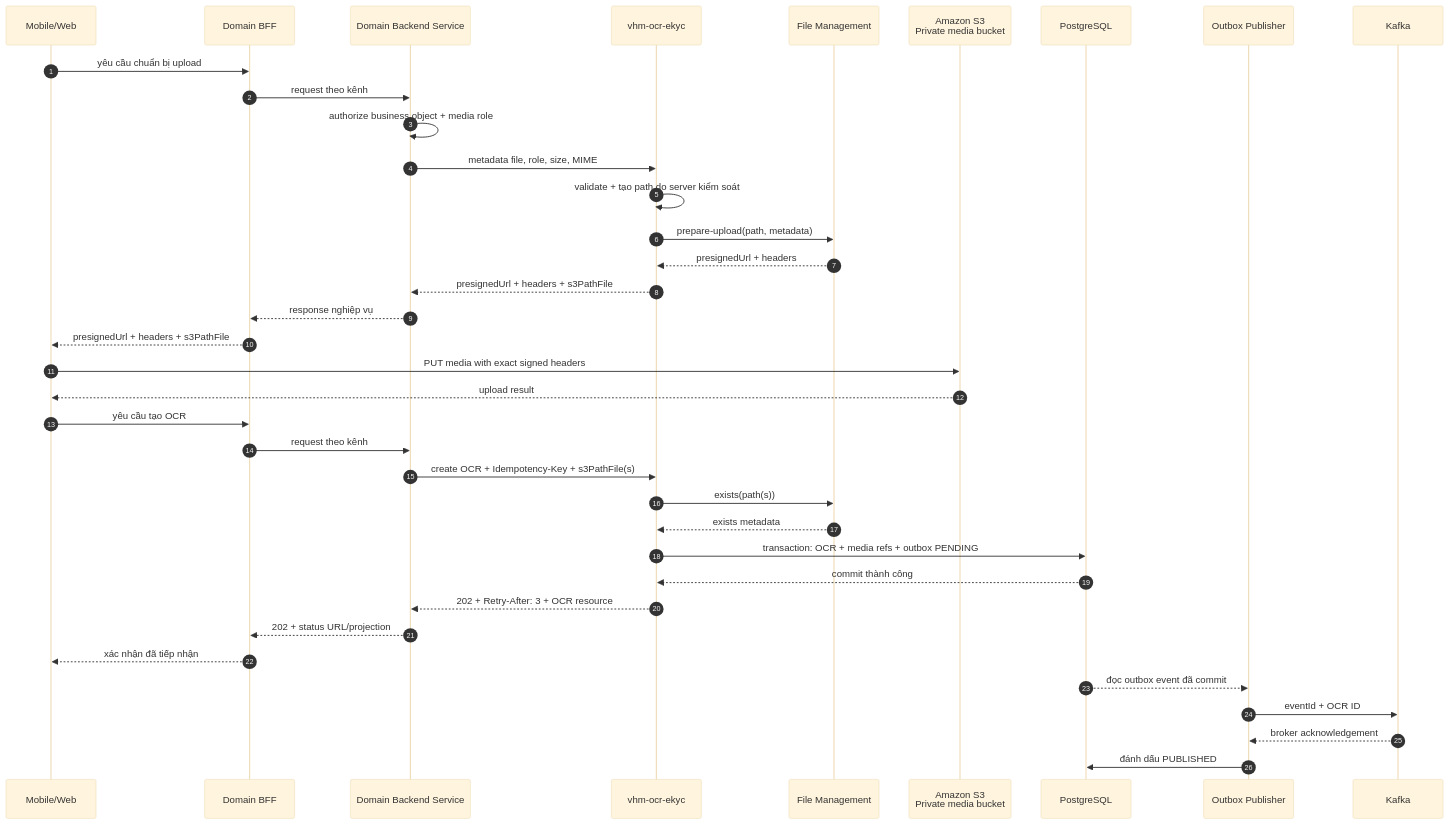
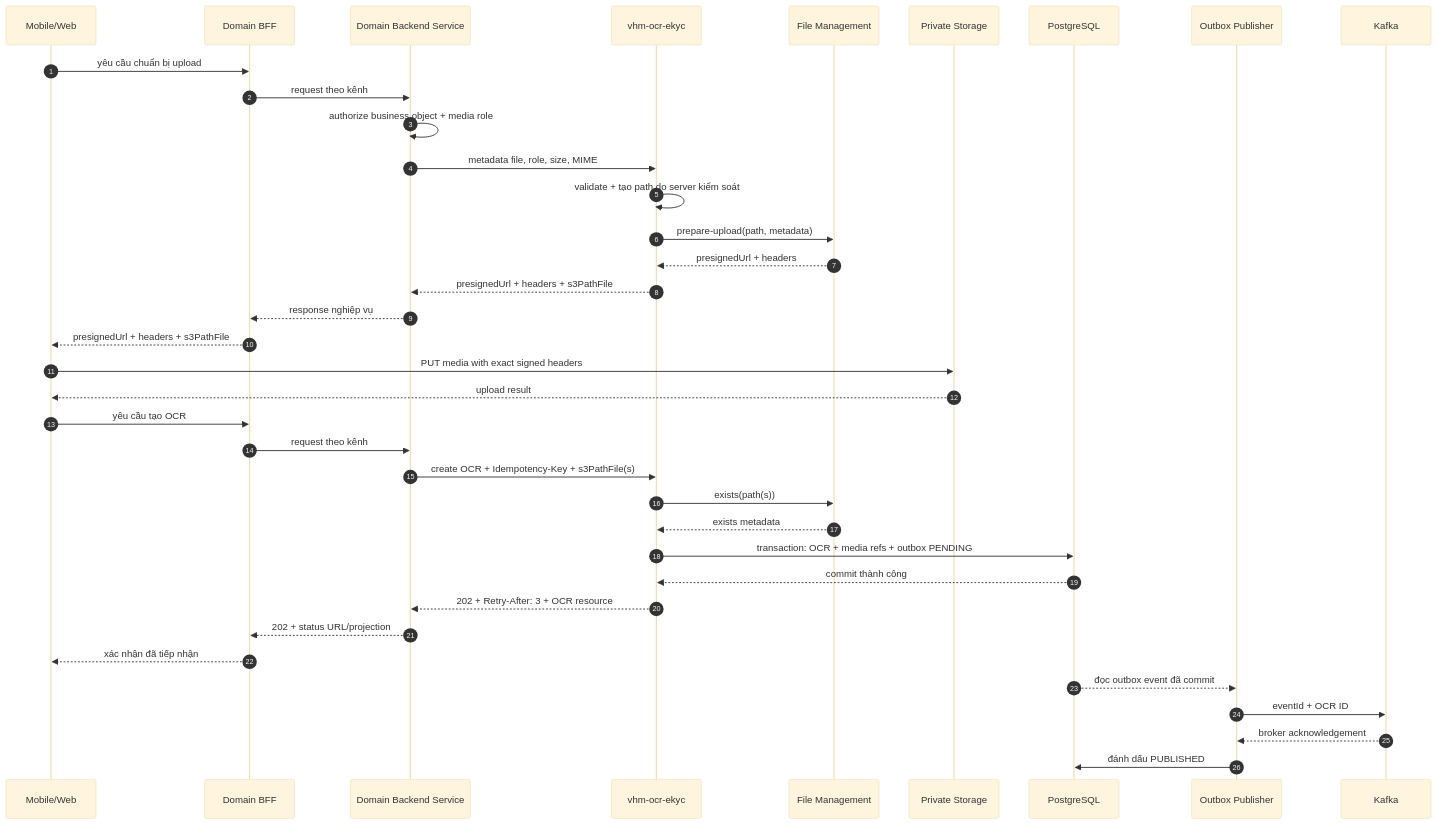
One commit to huynv-xyz/vhm changed the eighth of 12 diagrams in tdd-ocr-ekyc.md. Above: the diagram before and after it, drawn with Mermaid (base theme). The commit also changed other lines of this file, not shown here.

````diff
--- a/tdd-ocr-ekyc.md
+++ b/tdd-ocr-ekyc.md
@@ -1062,40 +968,40 @@
 ```mermaid
 sequenceDiagram
     autonumber
     participant C as Mobile/Web
     participant B as Domain BFF
     participant N as Domain Backend Service
     participant A as vhm-ocr-ekyc
     participant F as File Management
-    participant S as Amazon S3<br/>Private media bucket
+    participant S as Private Storage
     participant D as PostgreSQL
     participant O as Outbox Publisher
     participant K as Kafka
 
     C->>B: yêu cầu chuẩn bị upload
     B->>N: request theo kênh
     N->>N: authorize business object + media role
     N->>A: metadata file, role, size, MIME
     A->>A: validate + tạo path do server kiểm soát
     A->>F: prepare-upload(path, metadata)
     F-->>A: presignedUrl + headers
     A-->>N: presignedUrl + headers + s3PathFile
     N-->>B: response nghiệp vụ
     B-->>C: presignedUrl + headers + s3PathFile
     C->>S: PUT media with exact signed headers
     S-->>C: upload result
     C->>B: yêu cầu tạo OCR
     B->>N: request theo kênh
     N->>A: create OCR + Idempotency-Key + s3PathFile(s)
     A->>F: exists(path(s))
     F-->>A: exists metadata
     A->>D: transaction: OCR + media refs + outbox PENDING
     D-->>A: commit thành công
     A-->>N: 202 + Retry-After: 3 + OCR resource
     N-->>B: 202 + status URL/projection
     B-->>C: xác nhận đã tiếp nhận
     D-->>O: đọc outbox event đã commit
     O->>K: eventId + OCR ID
     K-->>O: broker acknowledgement
     O->>D: đánh dấu PUBLISHED
 ```
````
